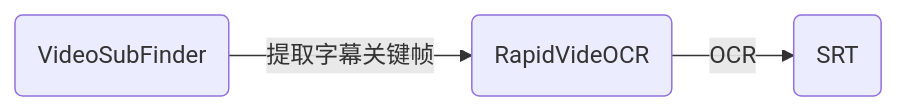
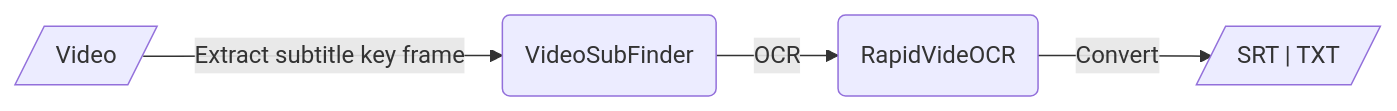
The diagram in docs/README_zh.md (SWHL/RapidVideOCR), drawn with Mermaid before and after one commit. The commit also changed other lines of this file and 1 other file, not shown here.

````diff
--- a/docs/README_zh.md
+++ b/docs/README_zh.md
@@ -48,4 +49,5 @@
 ```mermaid
 flowchart LR
-    A(VideoSubFinder) --提取字幕关键帧--> B(RapidVideOCR)  --OCR--> C(SRT)
+    A[/Video/] --Extract subtitle key frame--> B(VideoSubFinder) --OCR-->C(RapidVideOCR)
+    C --Convert--> D[/"SRT | TXT"/]
 ```
````
